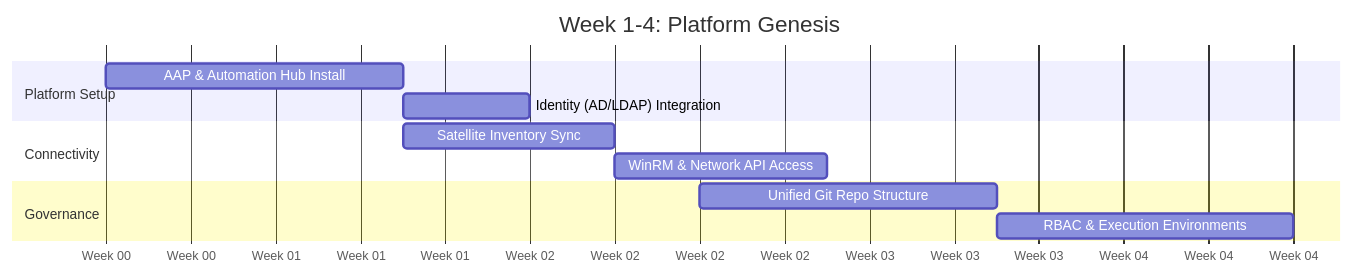
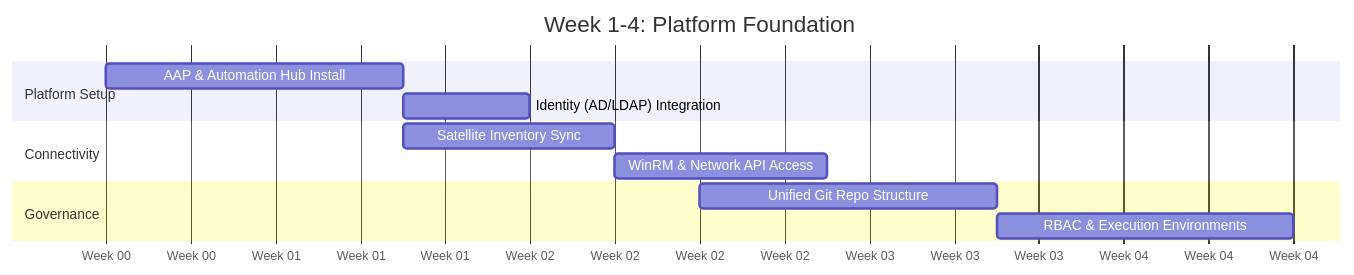
The diagram in usecase/roadmap/01_Platform_Foundation.md (ppremru/LaunchAdoption-AAP), drawn with Mermaid before and after one commit.

Commit message:
Rename Gantt chart title to 'Platform Foundation'

````diff
--- a/usecase/roadmap/01_Platform_Foundation.md
+++ b/usecase/roadmap/01_Platform_Foundation.md
@@ -11,18 +11,18 @@
 ```mermaid
 gantt
-    title Week 1-4: Platform Genesis
+    title Week 1-4: Platform Foundation
     dateFormat  YYYY-MM-DD
     axisFormat  Week %U
     
     section Platform Setup
     AAP & Automation Hub Install     :w1, 2026-01-01, 7d
     Identity (AD/LDAP) Integration   :w1b, after w1, 3d
     
     section Connectivity
     Satellite Inventory Sync         :w2, 2026-01-08, 5d
     WinRM & Network API Access       :w2b, after w2, 5d
     
     section Governance
     Unified Git Repo Structure       :w3, 2026-01-15, 7d
     RBAC & Execution Environments    :w4, 2026-01-22, 7d
 ```
````
